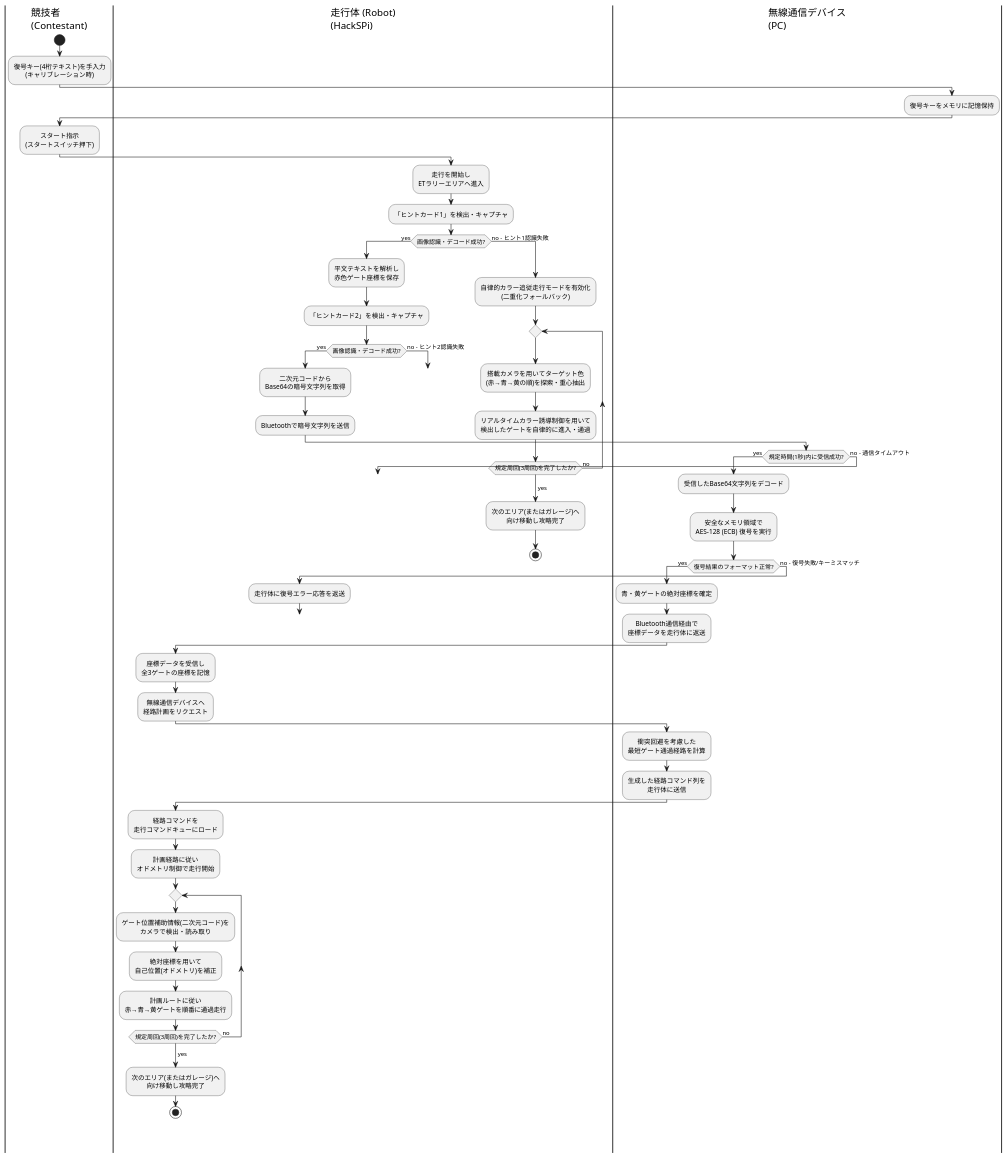
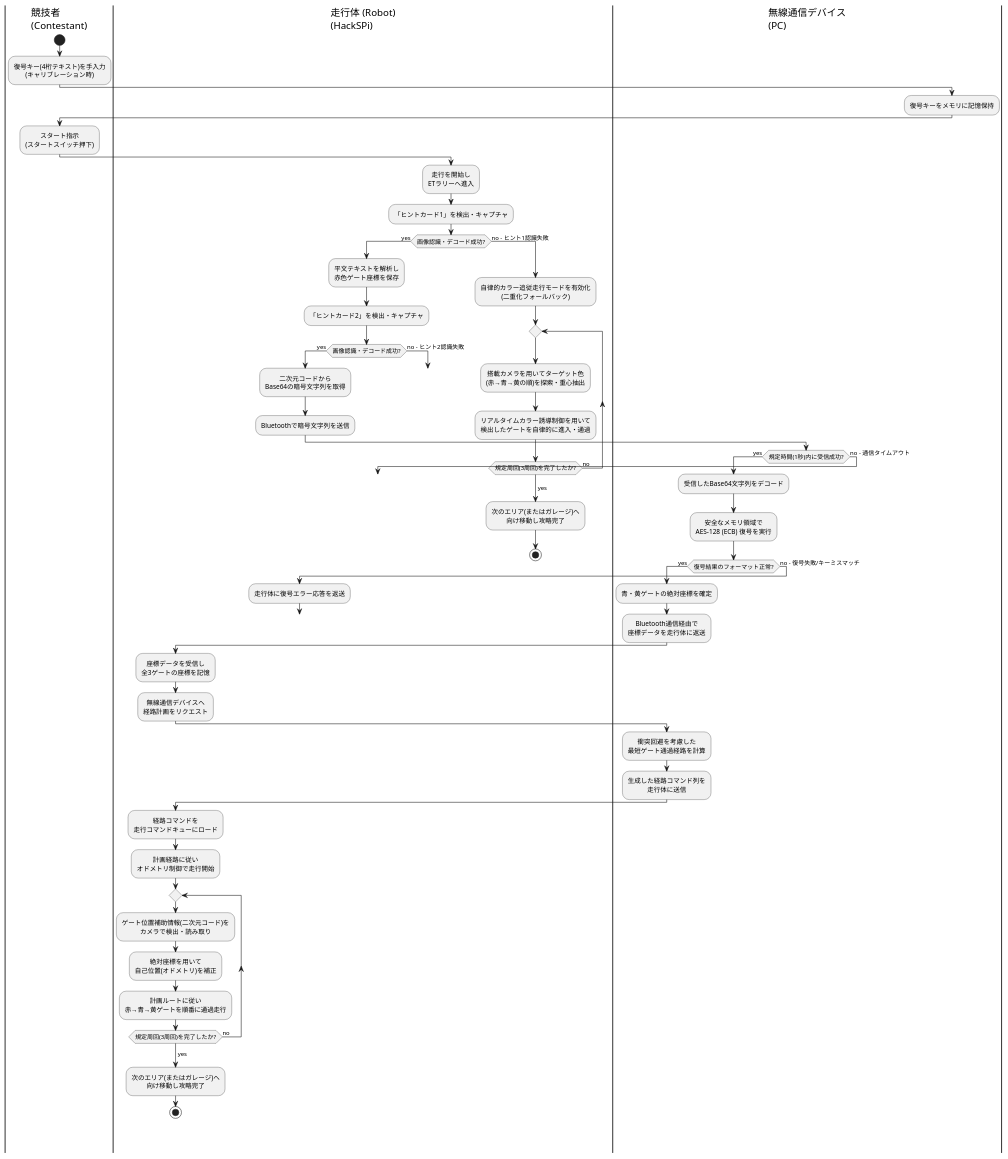
The diagram in content/06_etrobokon2026_agy/要求モデル/03_アクティビティ図_PlantUML.md (darts-cloud/note), drawn with PlantUML before and after one commit. The commit also changed 11 other files, not shown here.

```diff
--- a/content/06_etrobokon2026_agy/要求モデル/03_アクティビティ図_PlantUML.md
+++ b/content/06_etrobokon2026_agy/要求モデル/03_アクティビティ図_PlantUML.md
@@ -38,7 +38,7 @@
 :スタート指示\n(スタートスイッチ押下);
 
 |走行体 (Robot)\n(HackSPi)|
-:走行を開始し\nETラリーエリアへ進入;
+:走行を開始し\nETラリーへ進入;
 :「ヒントカード1」を検出・キャプチャ;
 
 if (画像認識・デコード成功?) then (yes)
```
